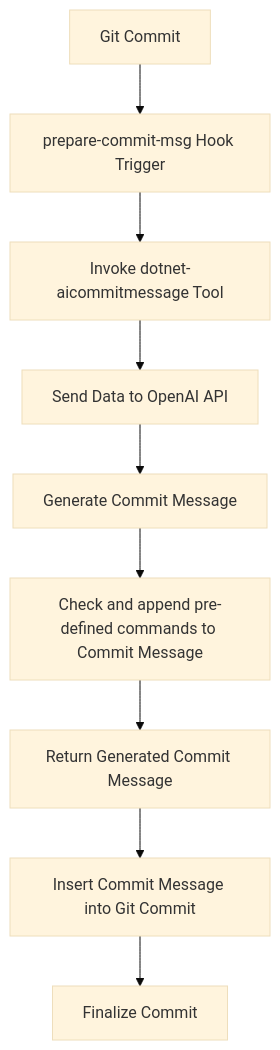
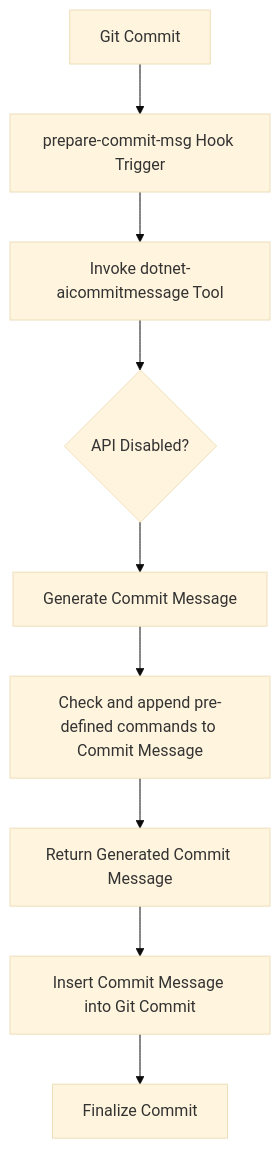
One commit to guibranco/dotnet-aicommitmessage changed the diagram in README.md. Above: the diagram before and after it, drawn with Mermaid (base theme).

````diff
--- a/README.md
+++ b/README.md
@@ -105,11 +105,11 @@
 ```mermaid
 graph TD
     A[Git Commit] --> B[prepare-commit-msg Hook Trigger]
     B --> C[Invoke dotnet-aicommitmessage Tool]
-    C --> D[Send Data to OpenAI API]
+    C --> D{API Disabled?}
     D --> E[Generate Commit Message]
     E --> F[Check and append pre-defined commands to Commit Message]
     F --> G[Return Generated Commit Message]
     G --> H[Insert Commit Message into Git Commit]
     H --> I[Finalize Commit]
 ```
````
